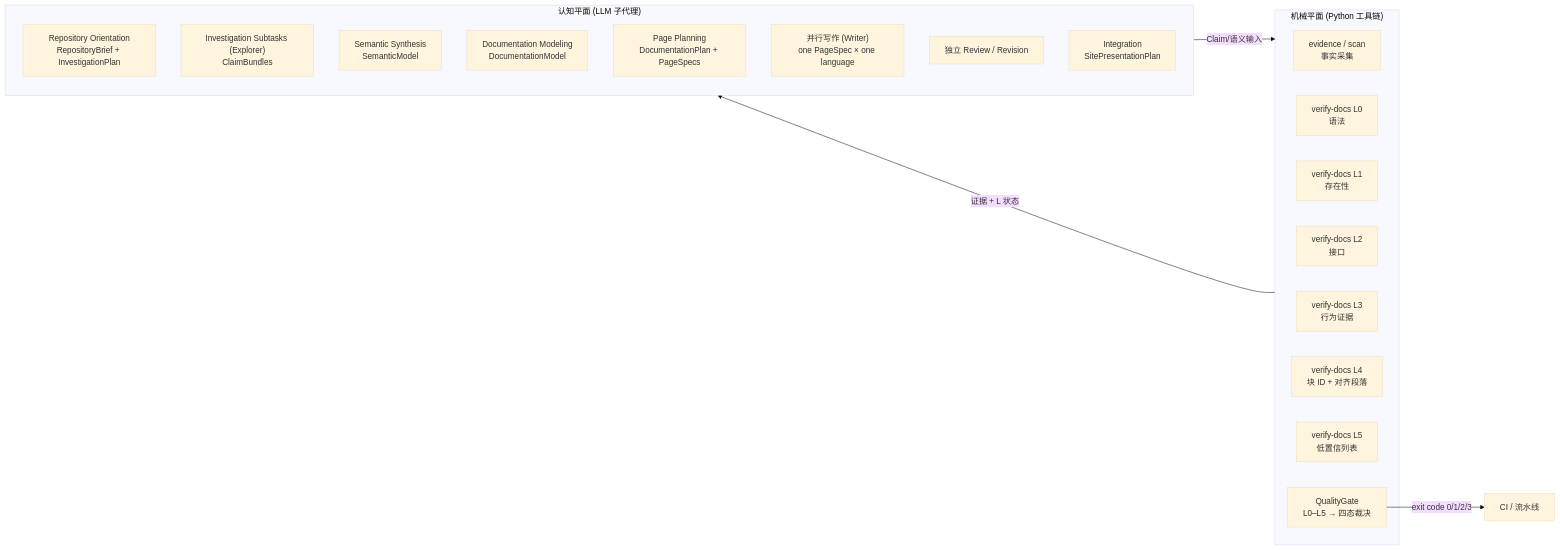
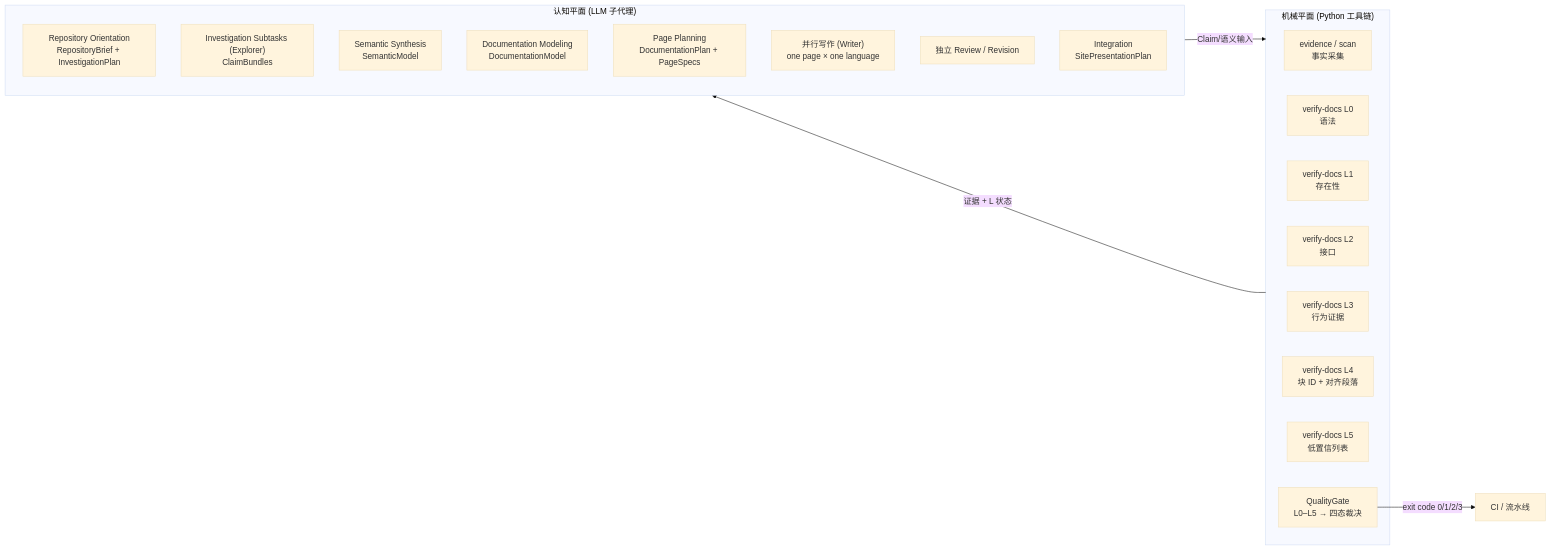
The diagram in README.md (somnifex/MakeWiki.skills), drawn with Mermaid (base theme) before and after one commit. The commit also changed other lines of this file and 24 other files, not shown here.

First line of the commit message:
Refactor documentation and validation for PageSpec and DocumentationPlan

````diff
--- a/README.md
+++ b/README.md
@@ -135,28 +136,28 @@
 ```mermaid
 flowchart LR
     subgraph Cognitive["认知平面 (LLM 子代理)"]
         Orient["Repository Orientation<br/>RepositoryBrief + InvestigationPlan"]
         Explorers["Investigation Subtasks (Explorer)<br/>ClaimBundles"]
         Synth["Semantic Synthesis<br/>SemanticModel"]
         DocModel["Documentation Modeling<br/>DocumentationModel"]
         Pages["Page Planning<br/>DocumentationPlan + PageSpecs"]
-        Writers["并行写作 (Writer)<br/>one PageSpec × one language"]
+        Writers["并行写作 (Writer)<br/>one page × one language"]
         Review["独立 Review / Revision"]
         Integ["Integration<br/>SitePresentationPlan"]
     end
 
     subgraph Mechanical["机械平面 (Python 工具链)"]
         Evid["evidence / scan<br/>事实采集"]
         V0["verify-docs L0<br/>语法"]
         V1["verify-docs L1<br/>存在性"]
         V2["verify-docs L2<br/>接口"]
         V3["verify-docs L3<br/>行为证据"]
         V4["verify-docs L4<br/>块 ID + 对齐段落"]
         V5["verify-docs L5<br/>低置信列表"]
         QG["QualityGate<br/>L0–L5 → 四态裁决"]
     end
 
     Cognitive -->|Claim/语义输入| Mechanical
     Mechanical -->|证据 + L 状态| Cognitive
     QG -->|exit code 0/1/2/3| CI[CI / 流水线]
 ```
````
